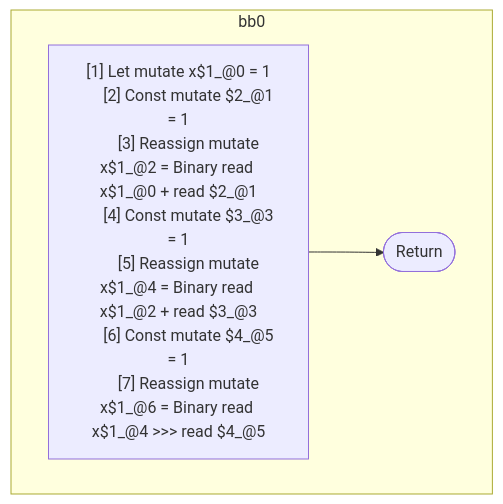
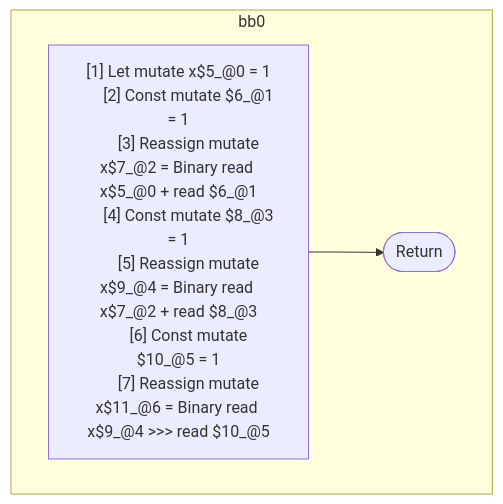
One commit to wutsmog/private changed the first of 2 diagrams in compiler/forget/src/__tests__/fixtures/hir/assignment-variations.expect.md. Above: the diagram before and after it, drawn with Mermaid. The commit also changed other lines of this file and 59 other files, not shown here.

````diff
--- a/compiler/forget/src/__tests__/fixtures/hir/assignment-variations.expect.md
+++ b/compiler/forget/src/__tests__/fixtures/hir/assignment-variations.expect.md
@@ -35,19 +35,19 @@
 ```mermaid
 flowchart TB
   %% Basic Blocks
   subgraph bb0
     bb0_instrs["
-      [1] Let mutate x$1_@0 = 1
-      [2] Const mutate $2_@1 = 1
-      [3] Reassign mutate x$1_@2 = Binary read x$1_@0 + read $2_@1
-      [4] Const mutate $3_@3 = 1
-      [5] Reassign mutate x$1_@4 = Binary read x$1_@2 + read $3_@3
-      [6] Const mutate $4_@5 = 1
-      [7] Reassign mutate x$1_@6 = Binary read x$1_@4 >>> read $4_@5
+      [1] Let mutate x$5_@0 = 1
+      [2] Const mutate $6_@1 = 1
+      [3] Reassign mutate x$7_@2 = Binary read x$5_@0 + read $6_@1
+      [4] Const mutate $8_@3 = 1
+      [5] Reassign mutate x$9_@4 = Binary read x$7_@2 + read $8_@3
+      [6] Const mutate $10_@5 = 1
+      [7] Reassign mutate x$11_@6 = Binary read x$9_@4 >>> read $10_@5
     "]
     bb0_instrs --> bb0_terminal(["Return"])
   end
 
   %% Jumps
   %% empty
 ```
````
